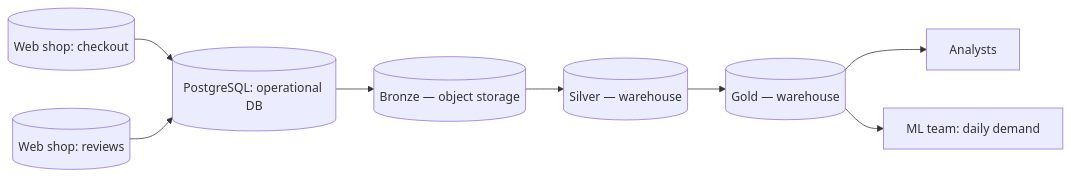
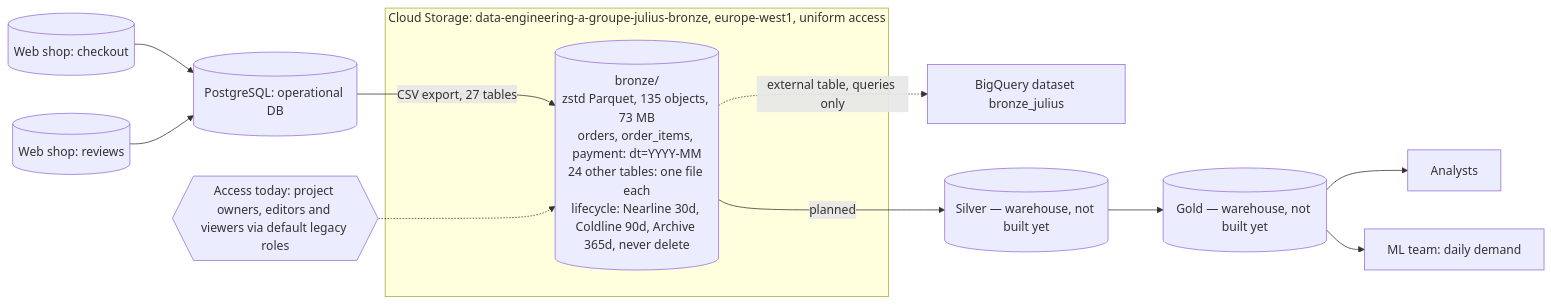
The diagram in docs/architecture.md (JuliusHayter/de-platform-template), drawn with Mermaid before and after one commit. The commit also changed other lines of this file and 6 other files, not shown here.

First line of the commit message:
ADD: Land bronze as partitioned Parquet and document it

````diff
--- a/docs/architecture.md
+++ b/docs/architecture.md
@@ -19,10 +19,17 @@
 ```mermaid
 flowchart LR
   checkout[(Web shop: checkout)] --> pg[(PostgreSQL: operational DB)]
   reviews[(Web shop: reviews)] --> pg
-  pg --> bronze[(Bronze — object storage)]
-  bronze --> silver[(Silver — warehouse)]
-  silver --> gold[(Gold — warehouse)]
+  pg -->|CSV export, 27 tables| bronze
+
+  subgraph gcs[Cloud Storage: data-engineering-a-groupe-julius-bronze, europe-west1, uniform access]
+    bronze[(bronze/<br/>zstd Parquet, 135 objects, 73 MB<br/>orders, order_items, payment: dt=YYYY-MM<br/>24 other tables: one file each<br/>lifecycle: Nearline 30d, Coldline 90d, Archive 365d, never delete)]
+  end
+
+  access{{Access today: project owners, editors and viewers via default legacy roles}} -.-> bronze
+  bronze -.->|external table, queries only| bq[BigQuery dataset bronze_julius]
+  bronze -->|planned| silver[(Silver — warehouse, not built yet)]
+  silver --> gold[(Gold — warehouse, not built yet)]
   gold --> analysts[Analysts]
   gold --> ml[ML team: daily demand]
 ```
````
